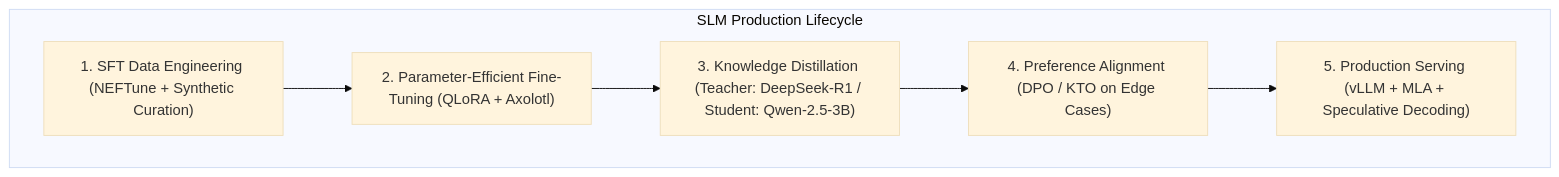
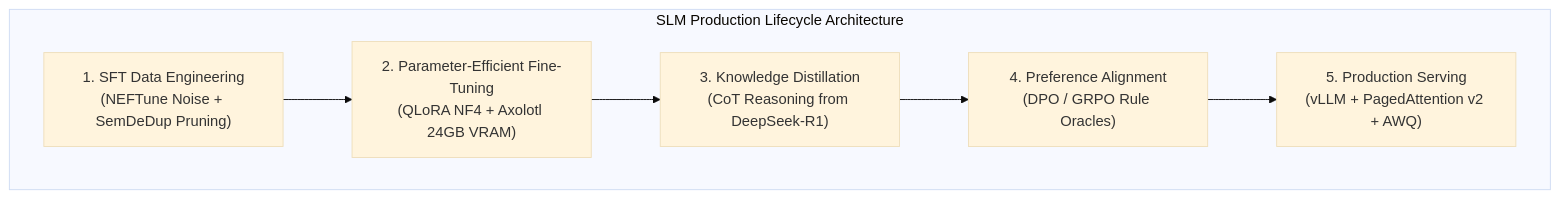
Before and after one commit to vesviet/vesviet: the first of 2 diagrams in content/series/slm-playbook/_index.md, drawn with Mermaid (base theme). The commit also changed other lines of this file and 26 other files, not shown here.

````diff
--- a/content/series/slm-playbook/_index.md
+++ b/content/series/slm-playbook/_index.md
@@ -36,11 +38,9 @@
 ```mermaid
 flowchart TD
-    subgraph Pipeline ["SLM Production Lifecycle"]
-        Data["1. SFT Data Engineering (NEFTune + Synthetic Curation)"]
-        Train["2. Parameter-Efficient Fine-Tuning (QLoRA + Axolotl)"]
-        Distill["3. Knowledge Distillation (Teacher: DeepSeek-R1 / Student: Qwen-2.5-3B)"]
-        Align["4. Preference Alignment (DPO / KTO on Edge Cases)"]
-        Serve["5. Production Serving (vLLM + MLA + Speculative Decoding)"]
+    subgraph Pipeline ["SLM Production Lifecycle Architecture"]
+        Data["1. SFT Data Engineering<br/>(NEFTune Noise + SemDeDup Pruning)"] --> Train["2. Parameter-Efficient Fine-Tuning<br/>(QLoRA NF4 + Axolotl 24GB VRAM)"]
+        Train --> Distill["3. Knowledge Distillation<br/>(CoT Reasoning from DeepSeek-R1)"]
+        Distill --> Align["4. Preference Alignment<br/>(DPO / GRPO Rule Oracles)"]
+        Align --> Serve["5. Production Serving<br/>(vLLM + PagedAttention v2 + AWQ)"]
     end
-    Data --> Train --> Distill --> Align --> Serve
 ```
````
